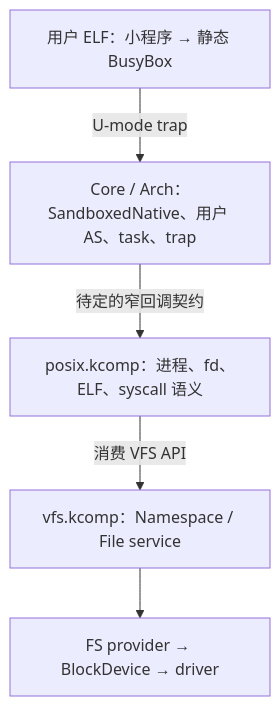
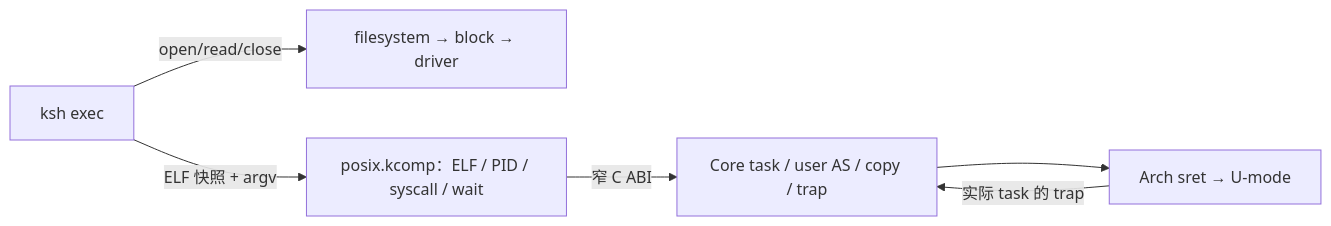
One commit to Pan-Peach/KaleidOS changed the diagram in docs/development/userspace.md. Above: the diagram before and after it, drawn with Mermaid. The commit also changed other lines of this file and 54 other files, not shown here.

Commit message:
feat(posix): run RV64 user processes with fork exec and wait

````diff
--- a/docs/development/userspace.md
+++ b/docs/development/userspace.md
@@ -9,12 +7,8 @@
 ```mermaid
-flowchart TB
-  App["用户 ELF：小程序 → 静态 BusyBox"]
-  Domain["Core / Arch：SandboxedNative、用户 AS、task、trap"]
-  Posix["posix.kcomp：进程、fd、ELF、syscall 语义"]
-  Vfs["vfs.kcomp：Namespace / File service"]
-  Fs["FS provider → BlockDevice → driver"]
-  App -->|U-mode trap| Domain
-  Domain -->|待定的窄回调契约| Posix
-  Posix -->|消费 VFS API| Vfs
-  Vfs --> Fs
+flowchart LR
+  Shell["ksh exec"] -->|"open/read/close"| FS["filesystem → block → driver"]
+  Shell -->|"ELF 快照 + argv"| Posix["posix.kcomp：ELF / PID / syscall / wait"]
+  Posix -->|"窄 C ABI"| Core["Core task / user AS / copy / trap"]
+  Core --> Arch["Arch sret → U-mode"]
+  Arch -->|"实际 task 的 trap"| Core
 ```
````
